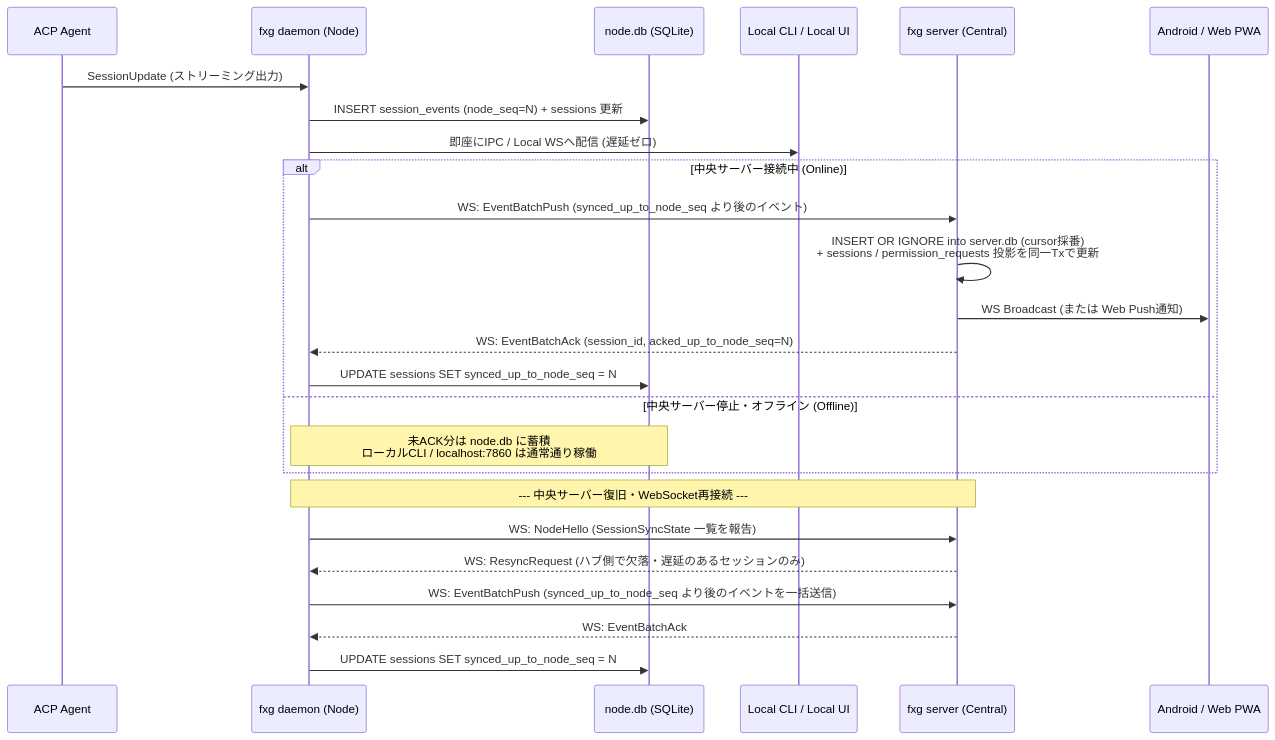
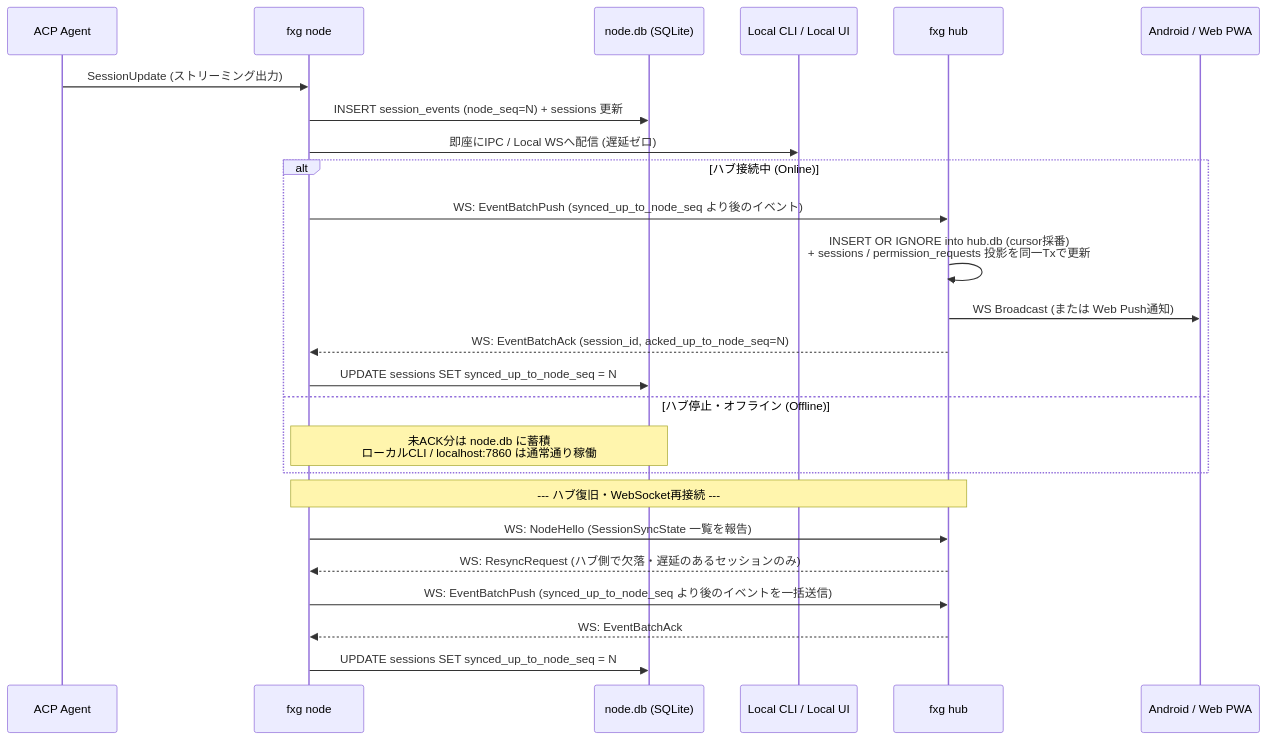
The second of 3 diagrams in docs/01-architecture-and-sync.md (nazo6/flexagent), drawn with Mermaid before and after one commit. The commit also changed other lines of this file and 179 other files, not shown here.

First line of the commit message:
refactor(cli): restructure commands around session/node/hub (#5)

````diff
--- a/docs/01-architecture-and-sync.md
+++ b/docs/01-architecture-and-sync.md
@@ -120,30 +120,30 @@
 ```mermaid
 sequenceDiagram
     participant Agent as ACP Agent
-    participant Daemon as fxg daemon (Node)
+    participant Node as fxg node
     participant NodeDB as node.db (SQLite)
     participant LocalClient as Local CLI / Local UI
-    participant Server as fxg server (Central)
+    participant Hub as fxg hub
     participant RemotePWA as Android / Web PWA
 
-    Agent->>Daemon: SessionUpdate (ストリーミング出力)
-    Daemon->>NodeDB: INSERT session_events (node_seq=N) + sessions 更新
-    Daemon->>LocalClient: 即座にIPC / Local WSへ配信 (遅延ゼロ)
+    Agent->>Node: SessionUpdate (ストリーミング出力)
+    Node->>NodeDB: INSERT session_events (node_seq=N) + sessions 更新
+    Node->>LocalClient: 即座にIPC / Local WSへ配信 (遅延ゼロ)
 
-    alt 中央サーバー接続中 (Online)
-        Daemon->>Server: WS: EventBatchPush (synced_up_to_node_seq より後のイベント)
-        Server->>Server: INSERT OR IGNORE into server.db (cursor採番)<br/>+ sessions / permission_requests 投影を同一Txで更新
-        Server->>RemotePWA: WS Broadcast (または Web Push通知)
-        Server-->>Daemon: WS: EventBatchAck (session_id, acked_up_to_node_seq=N)
-        Daemon->>NodeDB: UPDATE sessions SET synced_up_to_node_seq = N
-    else 中央サーバー停止・オフライン (Offline)
-        Note over Daemon,NodeDB: 未ACK分は node.db に蓄積<br/>ローカルCLI / localhost:7860 は通常通り稼働
+    alt ハブ接続中 (Online)
+        Node->>Hub: WS: EventBatchPush (synced_up_to_node_seq より後のイベント)
+        Hub->>Hub: INSERT OR IGNORE into hub.db (cursor採番)<br/>+ sessions / permission_requests 投影を同一Txで更新
+        Hub->>RemotePWA: WS Broadcast (または Web Push通知)
+        Hub-->>Node: WS: EventBatchAck (session_id, acked_up_to_node_seq=N)
+        Node->>NodeDB: UPDATE sessions SET synced_up_to_node_seq = N
+    else ハブ停止・オフライン (Offline)
+        Note over Node,NodeDB: 未ACK分は node.db に蓄積<br/>ローカルCLI / localhost:7860 は通常通り稼働
     end
 
-    Note over Daemon,Server: --- 中央サーバー復旧・WebSocket再接続 ---
-    Daemon->>Server: WS: NodeHello (SessionSyncState 一覧を報告)
-    Server-->>Daemon: WS: ResyncRequest (ハブ側で欠落・遅延のあるセッションのみ)
-    Daemon->>Server: WS: EventBatchPush (synced_up_to_node_seq より後のイベントを一括送信)
-    Server-->>Daemon: WS: EventBatchAck
-    Daemon->>NodeDB: UPDATE sessions SET synced_up_to_node_seq = N
+    Note over Node,Hub: --- ハブ復旧・WebSocket再接続 ---
+    Node->>Hub: WS: NodeHello (SessionSyncState 一覧を報告)
+    Hub-->>Node: WS: ResyncRequest (ハブ側で欠落・遅延のあるセッションのみ)
+    Node->>Hub: WS: EventBatchPush (synced_up_to_node_seq より後のイベントを一括送信)
+    Hub-->>Node: WS: EventBatchAck
+    Node->>NodeDB: UPDATE sessions SET synced_up_to_node_seq = N
 ```
````
